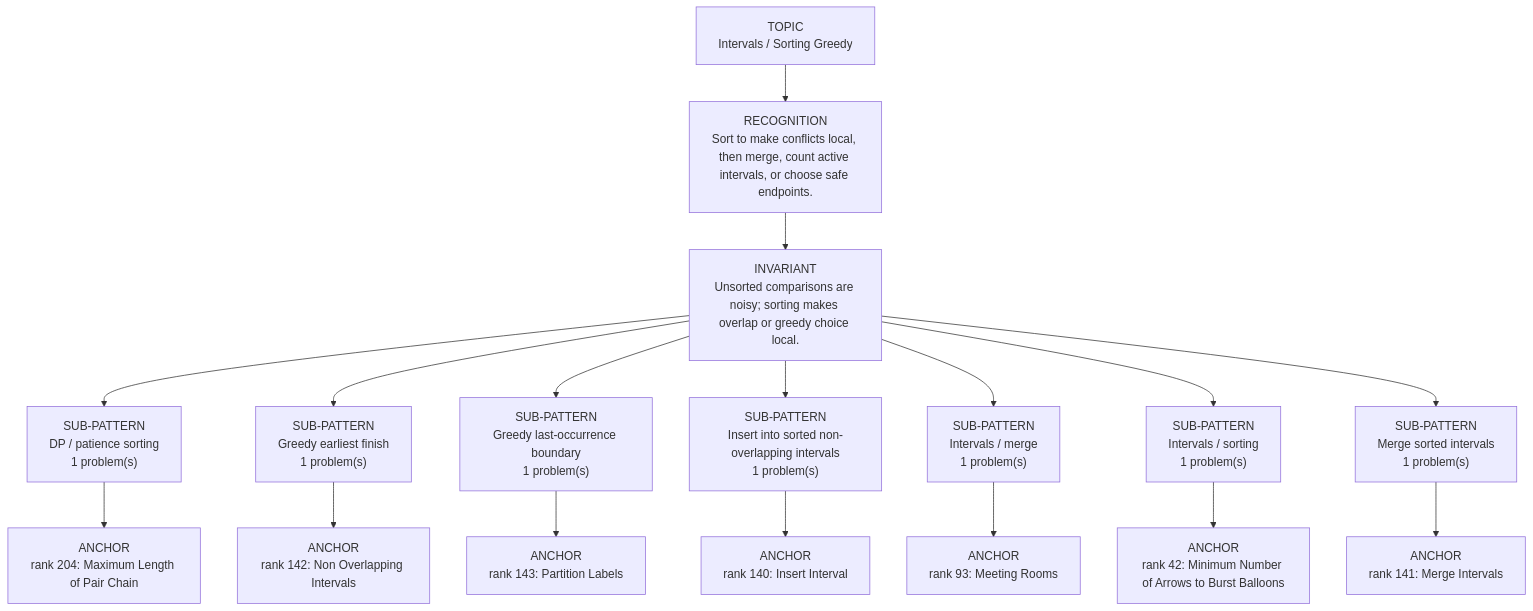
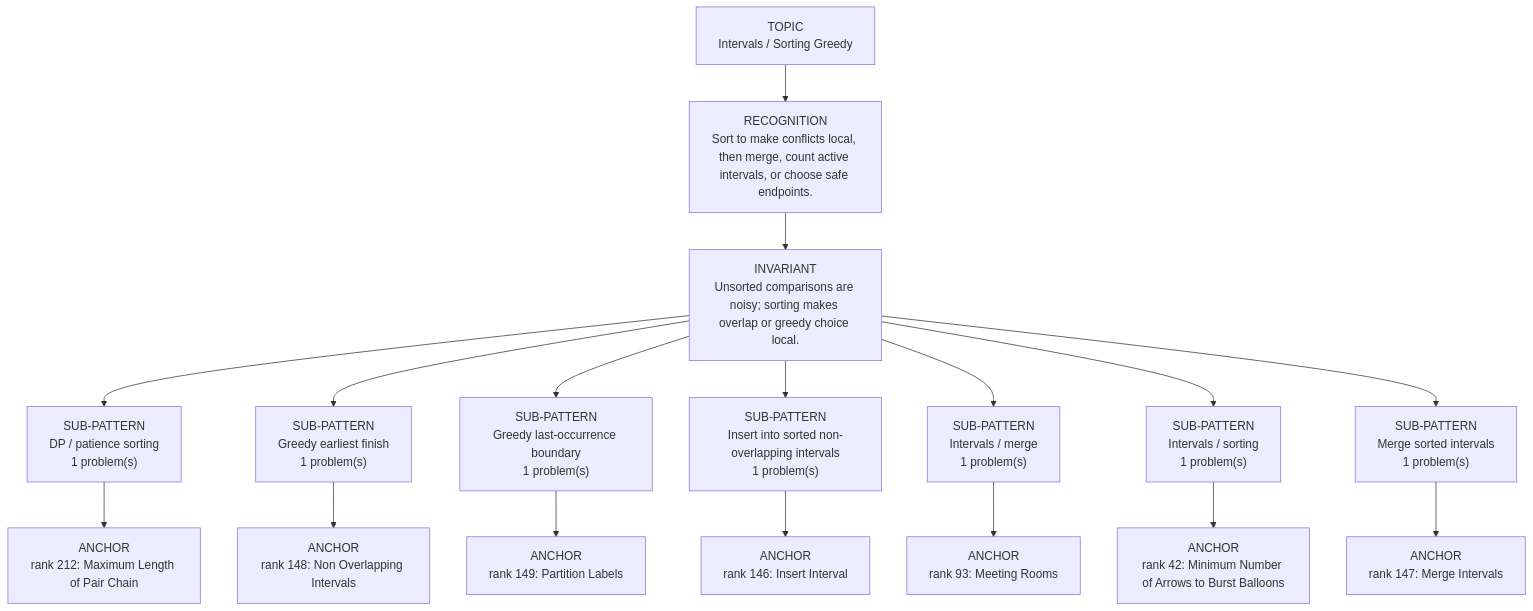
One commit to thechiranjeevjain/DSA10days changed the diagram in dsa-review/interview/patterns/17_intervals_greedy.md. Above: the diagram before and after it, drawn with Mermaid. The commit also changed other lines of this file and 61 other files, not shown here.

````diff
--- a/dsa-review/interview/patterns/17_intervals_greedy.md
+++ b/dsa-review/interview/patterns/17_intervals_greedy.md
@@ -15,21 +15,21 @@
 ```mermaid
 flowchart TD
   Topic["TOPIC<br/>Intervals / Sorting Greedy"]
   Recognition["RECOGNITION<br/>Sort to make conflicts local, then merge, count active intervals, or choose safe endpoints."]
   Invariant["INVARIANT<br/>Unsorted comparisons are noisy; sorting makes overlap or greedy choice local."]
   Topic --> Recognition --> Invariant
   Invariant --> Sub01["SUB-PATTERN<br/>DP / patience sorting<br/>1 problem(s)"]
-  Sub01 --> Sub01A01["ANCHOR<br/>rank 204: Maximum Length of Pair Chain"]
+  Sub01 --> Sub01A01["ANCHOR<br/>rank 212: Maximum Length of Pair Chain"]
   Invariant --> Sub02["SUB-PATTERN<br/>Greedy earliest finish<br/>1 problem(s)"]
-  Sub02 --> Sub02A01["ANCHOR<br/>rank 142: Non Overlapping Intervals"]
+  Sub02 --> Sub02A01["ANCHOR<br/>rank 148: Non Overlapping Intervals"]
   Invariant --> Sub03["SUB-PATTERN<br/>Greedy last-occurrence boundary<br/>1 problem(s)"]
-  Sub03 --> Sub03A01["ANCHOR<br/>rank 143: Partition Labels"]
+  Sub03 --> Sub03A01["ANCHOR<br/>rank 149: Partition Labels"]
   Invariant --> Sub04["SUB-PATTERN<br/>Insert into sorted non-overlapping intervals<br/>1 problem(s)"]
-  Sub04 --> Sub04A01["ANCHOR<br/>rank 140: Insert Interval"]
+  Sub04 --> Sub04A01["ANCHOR<br/>rank 146: Insert Interval"]
   Invariant --> Sub05["SUB-PATTERN<br/>Intervals / merge<br/>1 problem(s)"]
   Sub05 --> Sub05A01["ANCHOR<br/>rank 93: Meeting Rooms"]
   Invariant --> Sub06["SUB-PATTERN<br/>Intervals / sorting<br/>1 problem(s)"]
   Sub06 --> Sub06A01["ANCHOR<br/>rank 42: Minimum Number of Arrows to Burst Balloons"]
   Invariant --> Sub07["SUB-PATTERN<br/>Merge sorted intervals<br/>1 problem(s)"]
-  Sub07 --> Sub07A01["ANCHOR<br/>rank 141: Merge Intervals"]
+  Sub07 --> Sub07A01["ANCHOR<br/>rank 147: Merge Intervals"]
 ```
````
